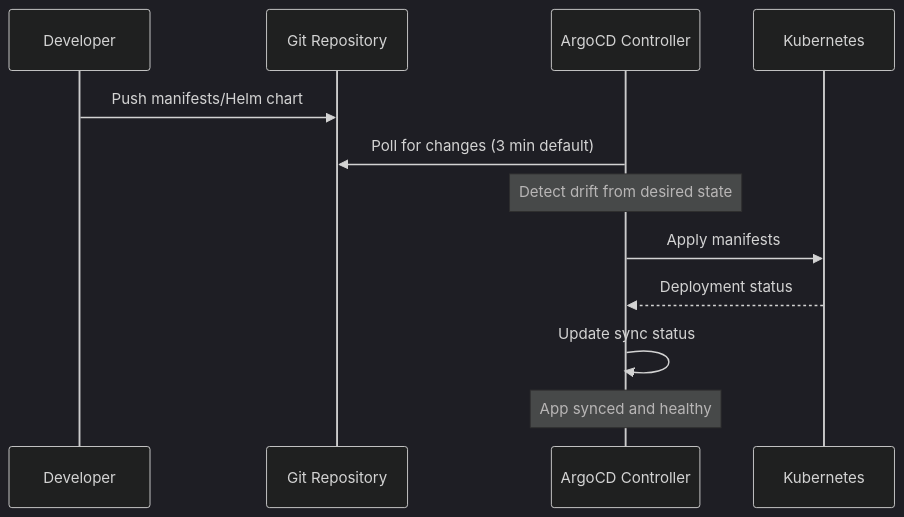
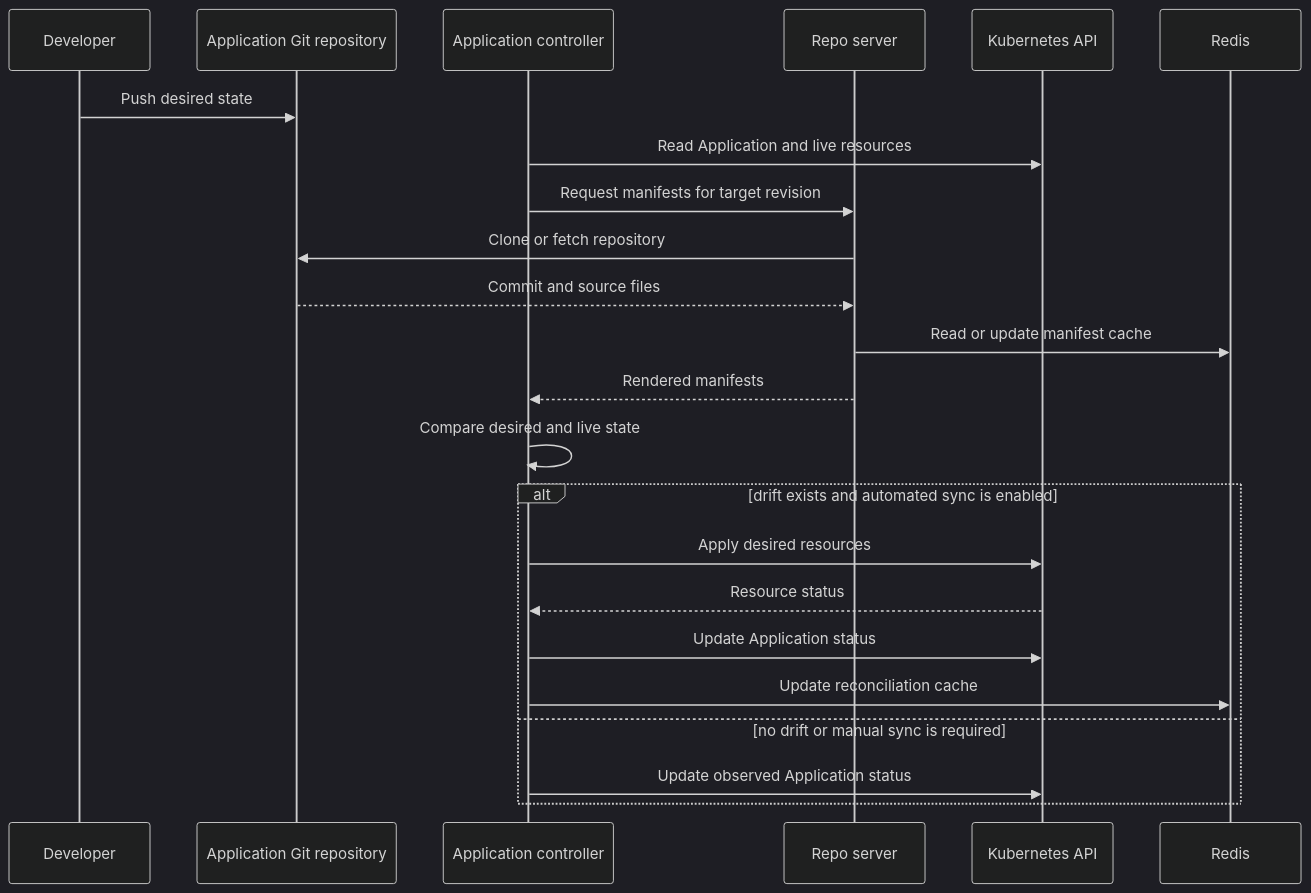
The second of 3 diagrams in docs/stage2/argocd.md (chrisleekr/homelab-infrastructure), drawn with Mermaid (dark theme) before and after one commit. The commit also changed other lines of this file and 78 other files, not shown here.

Commit message:
feat(stage2): gate chart compatibility, migrate Prometheus CRDs to Helm (#113)

````diff
--- a/docs/stage2/argocd.md
+++ b/docs/stage2/argocd.md
@@ -58,15 +103,26 @@
 ```mermaid
 sequenceDiagram
-    participant Dev as Developer
-    participant Git as Git Repository
-    participant ArgoCD as ArgoCD Controller
-    participant K8s as Kubernetes
+    participant Developer
+    participant Git as Application Git repository
+    participant Controller as Application controller
+    participant Repo as Repo server
+    participant API as Kubernetes API
+    participant Redis
 
-    Dev->>Git: Push manifests/Helm chart
-    ArgoCD->>Git: Poll for changes (3 min default)
-    Note over ArgoCD: Detect drift from desired state
-    ArgoCD->>K8s: Apply manifests
-    K8s-->>ArgoCD: Deployment status
-    ArgoCD->>ArgoCD: Update sync status
-    Note over ArgoCD: App synced and healthy
+    Developer->>Git: Push desired state
+    Controller->>API: Read Application and live resources
+    Controller->>Repo: Request manifests for target revision
+    Repo->>Git: Clone or fetch repository
+    Git-->>Repo: Commit and source files
+    Repo->>Redis: Read or update manifest cache
+    Repo-->>Controller: Rendered manifests
+    Controller->>Controller: Compare desired and live state
+    alt drift exists and automated sync is enabled
+        Controller->>API: Apply desired resources
+        API-->>Controller: Resource status
+        Controller->>API: Update Application status
+        Controller->>Redis: Update reconciliation cache
+    else no drift or manual sync is required
+        Controller->>API: Update observed Application status
+    end
 ```
````
